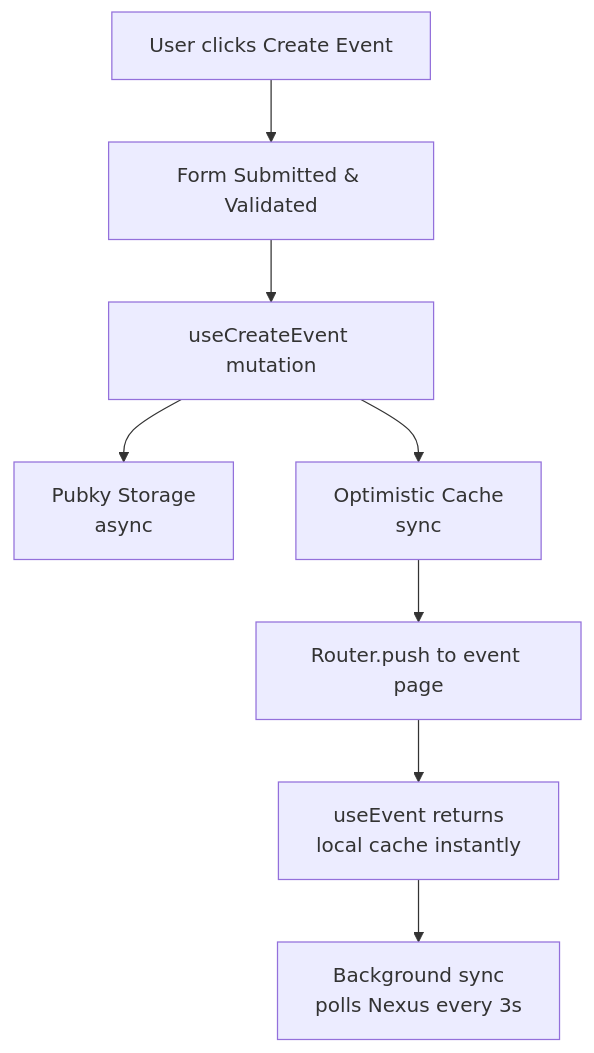
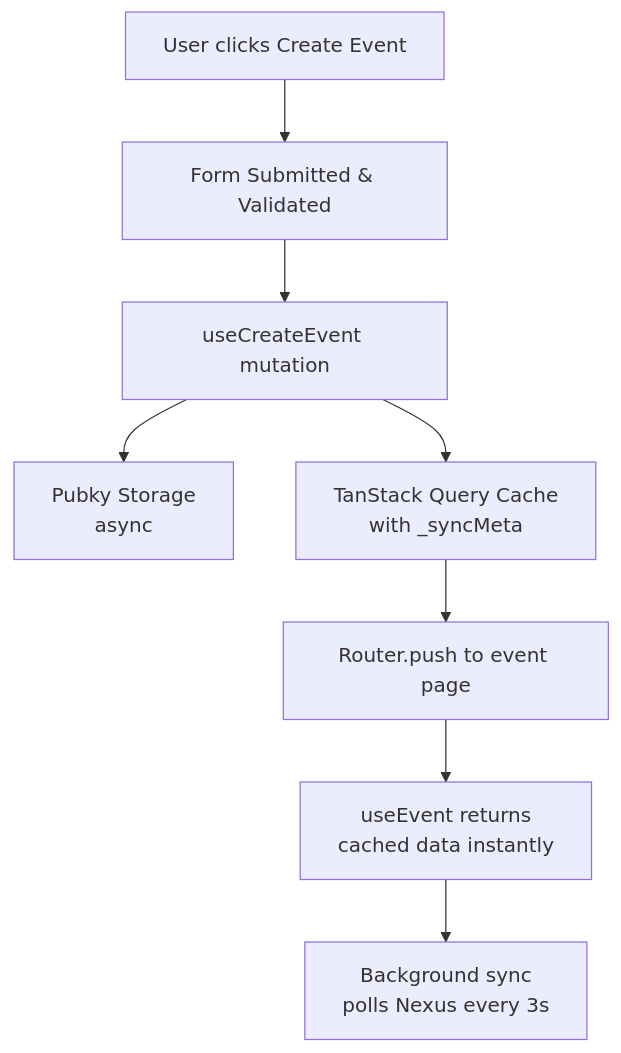
The second of 3 diagrams in docs/OPTIMISTIC_CACHING.md (gillohner/eventky), drawn with Mermaid before and after one commit. The commit also changed other lines of this file and 31 other files, not shown here.

First line of the commit message:
feat: Implement event hooks with optimistic caching and background sync

````diff
--- a/docs/OPTIMISTIC_CACHING.md
+++ b/docs/OPTIMISTIC_CACHING.md
@@ -93,10 +118,10 @@
 ```mermaid
 flowchart TD
     A[User clicks Create Event] --> B[Form Submitted & Validated]
     B --> C[useCreateEvent mutation]
     C --> D[Pubky Storage<br/>async]
-    C --> E[Optimistic Cache<br/>sync]
+    C --> E[TanStack Query Cache<br/>with _syncMeta]
     E --> F[Router.push to event page]
-    F --> G[useEvent returns<br/>local cache instantly]
+    F --> G[useEvent returns<br/>cached data instantly]
     G --> H[Background sync<br/>polls Nexus every 3s]
 ```
````
